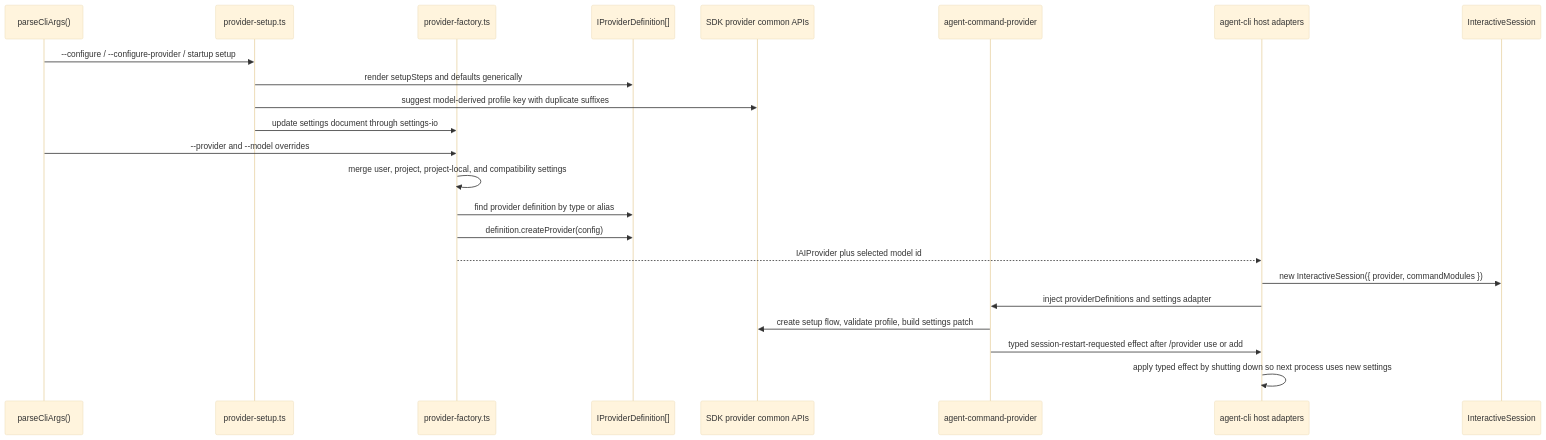
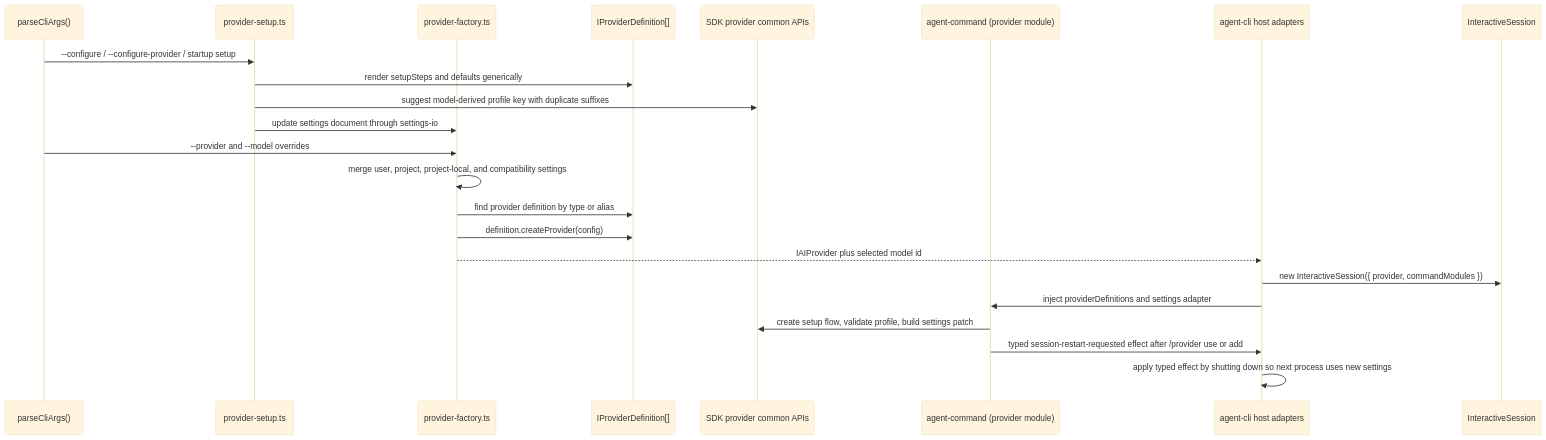
One commit to woojubb/robota changed the second of 2 diagrams in .agents/specs/architecture-map/agent-cli/commands-and-provider-flow.md. Above: the diagram before and after it, drawn with Mermaid (base theme). The commit also changed other lines of this file and 690 other files, not shown here.

````diff
--- a/.agents/specs/architecture-map/agent-cli/commands-and-provider-flow.md
+++ b/.agents/specs/architecture-map/agent-cli/commands-and-provider-flow.md
@@ -49,26 +49,26 @@
 ```mermaid
 sequenceDiagram
   participant Args as parseCliArgs()
   participant Setup as provider-setup.ts
   participant Factory as provider-factory.ts
   participant Defs as IProviderDefinition[]
   participant SDKCommon as SDK provider common APIs
-  participant Command as agent-command-provider
+  participant Command as agent-command (provider module)
   participant CLI as agent-cli host adapters
   participant Session as InteractiveSession
 
   Args->>Setup: --configure / --configure-provider / startup setup
   Setup->>Defs: render setupSteps and defaults generically
   Setup->>SDKCommon: suggest model-derived profile key with duplicate suffixes
   Setup->>Factory: update settings document through settings-io
   Args->>Factory: --provider and --model overrides
   Factory->>Factory: merge user, project, project-local, and compatibility settings
   Factory->>Defs: find provider definition by type or alias
   Factory->>Defs: definition.createProvider(config)
   Factory-->>CLI: IAIProvider plus selected model id
   CLI->>Session: new InteractiveSession({ provider, commandModules })
   CLI->>Command: inject providerDefinitions and settings adapter
   Command->>SDKCommon: create setup flow, validate profile, build settings patch
   Command->>CLI: typed session-restart-requested effect after /provider use or add
   CLI->>CLI: apply typed effect by shutting down so next process uses new settings
 ```
````
